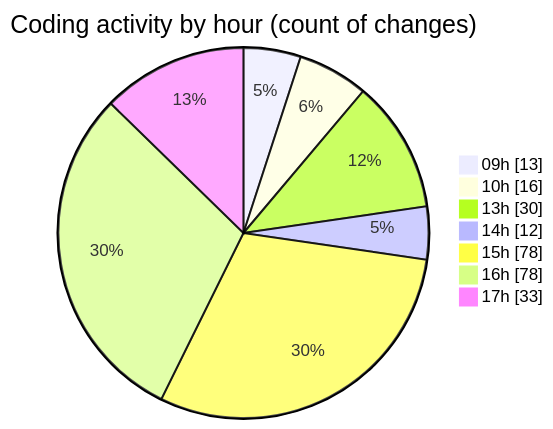
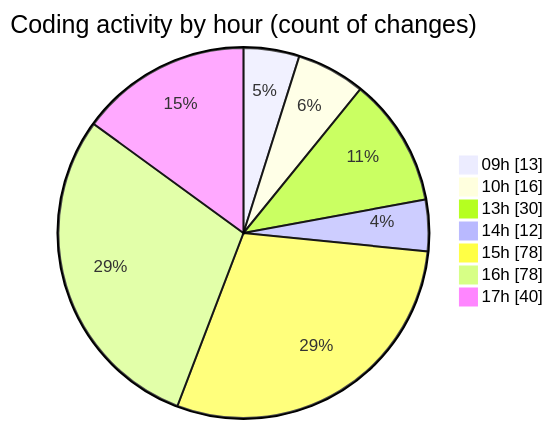
The second of 2 diagrams in 2025-03-31/cda/README.md (momahboobian/code-tracking), drawn with Mermaid before and after one commit. The commit also changed other lines of this file and 1 other file, not shown here.

````diff
--- a/2025-03-31/cda/README.md
+++ b/2025-03-31/cda/README.md
@@ -50,11 +50,11 @@
 ```mermaid
 pie showData
 title Coding activity by hour (count of changes)
 "09h" : 13
 "10h" : 16
 "13h" : 30
 "14h" : 12
 "15h" : 78
 "16h" : 78
-"17h" : 33
+"17h" : 40
 ```
````
